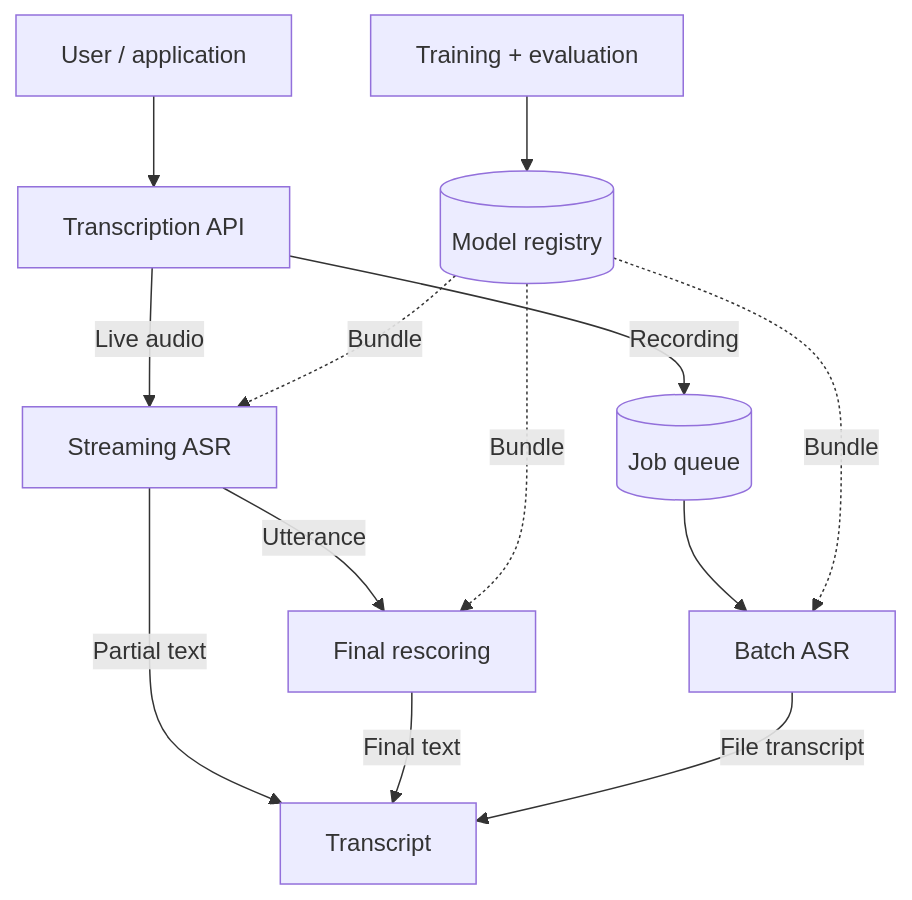
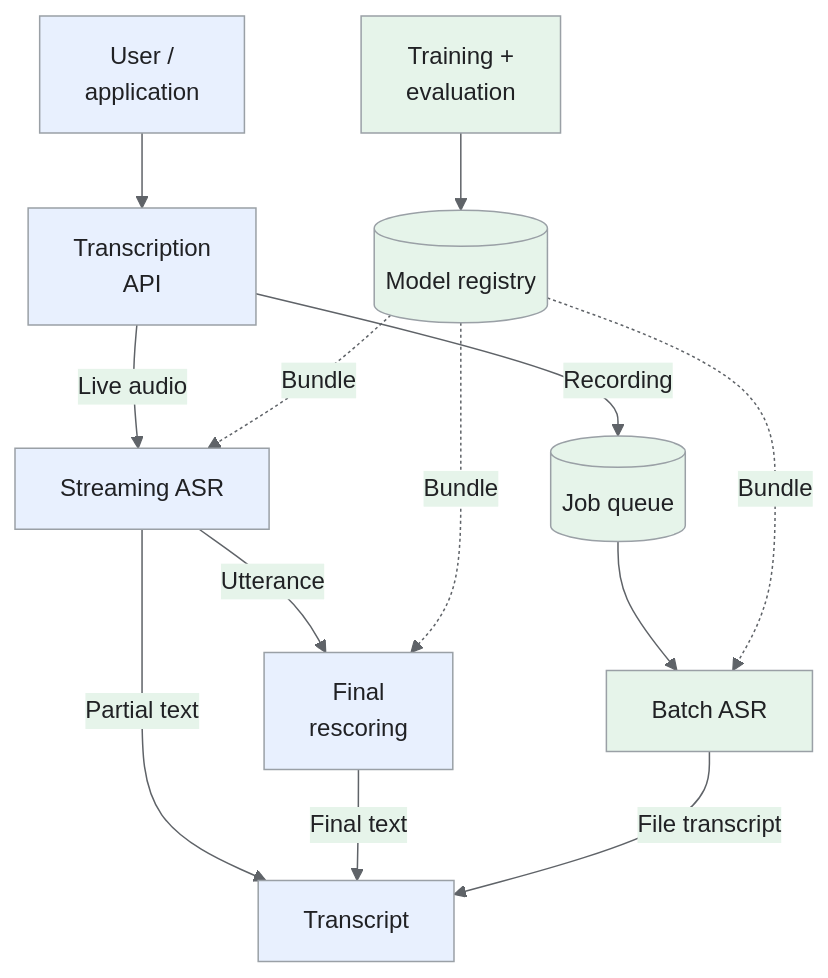
The first of 6 diagrams in _designs/ml-system-design-speech-recognition-asr.md (iliazlobin/iliazlobin.github.io), drawn with Mermaid before and after one commit. The commit also changed other lines of this file and 131 other files, not shown here.

````diff
--- a/_designs/ml-system-design-speech-recognition-asr.md
+++ b/_designs/ml-system-design-speech-recognition-asr.md
@@ -145,15 +145,22 @@
 ```mermaid
+%%{init: {'theme':'base','themeVariables':{'primaryColor':'#e8f0fe','primaryTextColor':'#202124','primaryBorderColor':'#9aa0a6','lineColor':'#5f6368','secondaryColor':'#e6f4ea','tertiaryColor':'#fef7e0','actorBkg':'#e8f0fe','actorBorder':'#9aa0a6','actorTextColor':'#202124','noteBkgColor':'#fef7e0','noteTextColor':'#202124','noteBorderColor':'#9aa0a6','signalColor':'#5f6368','signalTextColor':'#202124','labelBoxBkgColor':'#fef7e0','labelBoxBorderColor':'#9aa0a6'}}}%%
 flowchart TB
-  U["User / application"] --> API["Transcription API"]
+  U["User /<br>application"] --> API["Transcription<br>API"]
   API -->|"Live audio"| LIVE["Streaming ASR"]
   API -->|"Recording"| Q[("Job queue")]
   Q --> BATCH["Batch ASR"]
   LIVE -->|"Partial text"| OUT["Transcript"]
-  LIVE -->|"Utterance"| FINAL["Final rescoring"]
+  LIVE -->|"Utterance"| FINAL["Final<br>rescoring"]
   FINAL -->|"Final text"| OUT
   BATCH -->|"File transcript"| OUT
-  TRAIN["Training + evaluation"] --> REG[("Model registry")]
+  TRAIN["Training +<br>evaluation"] --> REG[("Model registry")]
   REG -.->|"Bundle"| LIVE
   REG -.->|"Bundle"| FINAL
   REG -.->|"Bundle"| BATCH
+classDef request fill:#e8f0fe,stroke:#9aa0a6,color:#202124;
+classDef data fill:#e6f4ea,stroke:#9aa0a6,color:#202124;
+classDef control fill:#fef7e0,stroke:#9aa0a6,color:#202124;
+class U,API,LIVE,OUT,FINAL request;
+class Q,BATCH,TRAIN,REG data;
+
 ```
````
